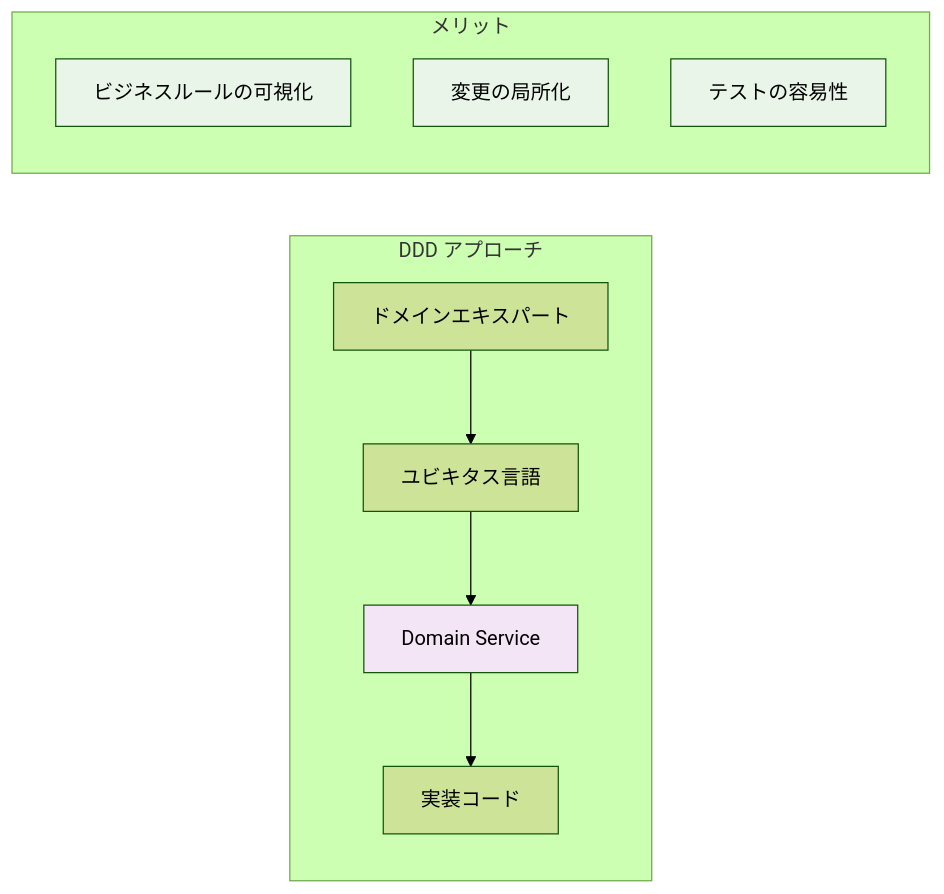
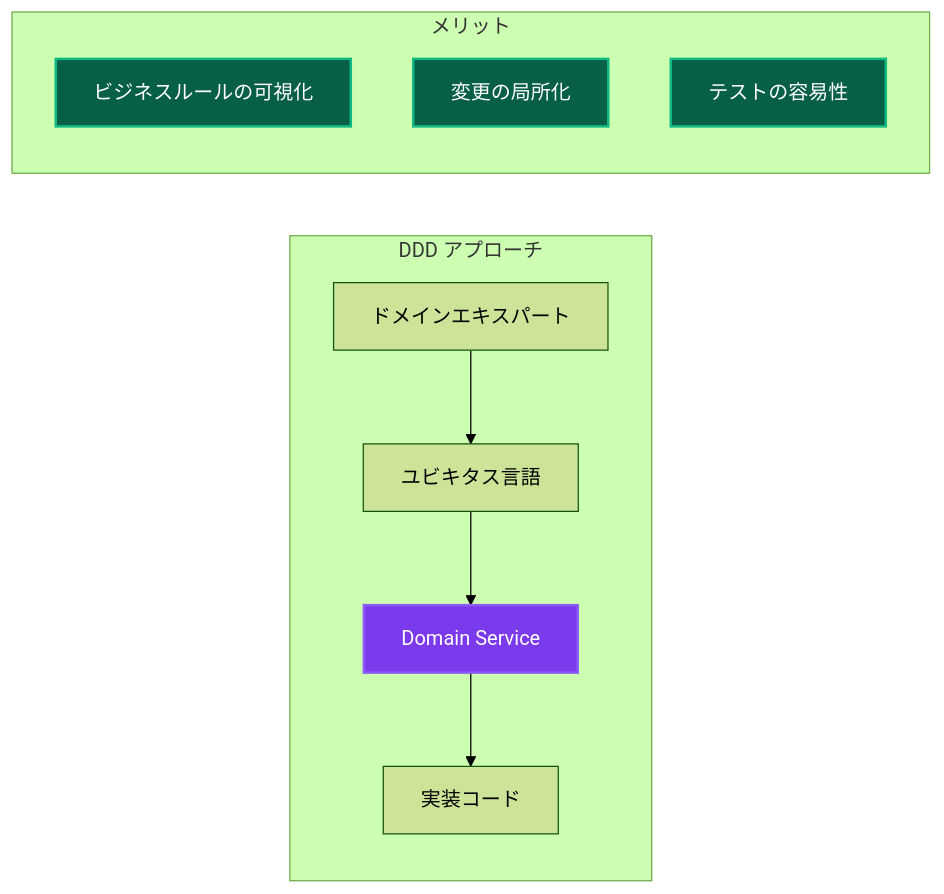
The third of 9 diagrams in _DOCS/guides/ddd/concepts/domain-driven-design.md (derushio/d-next-ddd-example), drawn with Mermaid (forest theme) before and after one commit. The commit also changed other lines of this file and 31 other files, not shown here.

Commit message:
🎨: DOCSのMermaid図表カラーテーマを暗色に統一し視認性を向上

````diff
--- a/_DOCS/guides/ddd/concepts/domain-driven-design.md
+++ b/_DOCS/guides/ddd/concepts/domain-driven-design.md
@@ -99,19 +99,19 @@
 ```mermaid
 graph LR
     subgraph "DDD アプローチ"
         EXPERT[ドメインエキスパート] --> LANG[ユビキタス言語]
         LANG --> DOMAIN[Domain Service]
         DOMAIN --> CODE[実装コード]
     end
     
     subgraph "メリット"
         BENEFIT1[ビジネスルールの可視化]
         BENEFIT2[変更の局所化]
         BENEFIT3[テストの容易性]
     end
     
-    style DOMAIN fill:#f3e5f5
-    style BENEFIT1 fill:#e8f5e8
-    style BENEFIT2 fill:#e8f5e8
-    style BENEFIT3 fill:#e8f5e8
+    style DOMAIN fill:#7c3aed,stroke:#8b5cf6,stroke-width:2px,color:#ffffff
+    style BENEFIT1 fill:#065f46,stroke:#10b981,stroke-width:2px,color:#ffffff fill:#065f46,stroke:#10b981,stroke-width:2px,color:#ffffff
+    style BENEFIT2 fill:#065f46,stroke:#10b981,stroke-width:2px,color:#ffffff fill:#065f46,stroke:#10b981,stroke-width:2px,color:#ffffff
+    style BENEFIT3 fill:#065f46,stroke:#10b981,stroke-width:2px,color:#ffffff fill:#065f46,stroke:#10b981,stroke-width:2px,color:#ffffff
 ```
````
